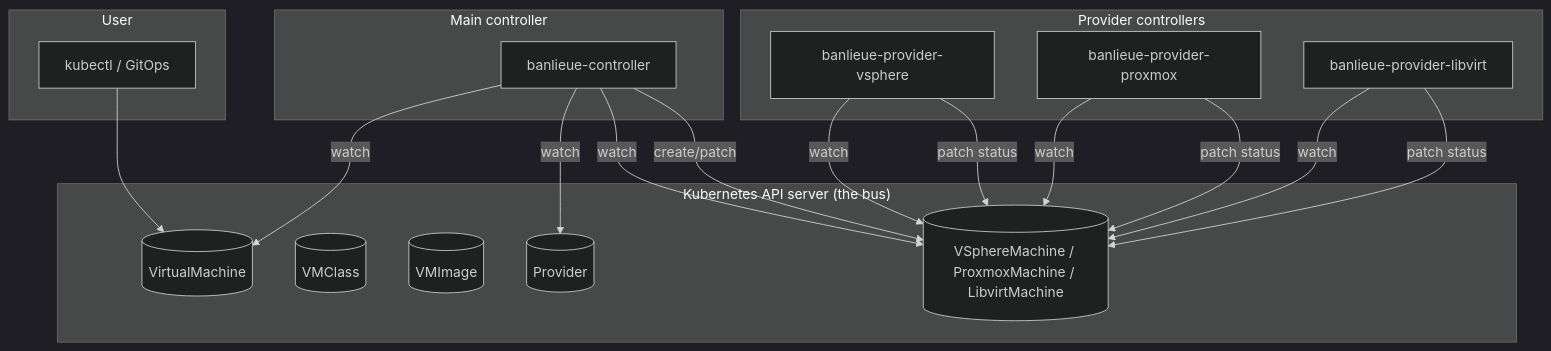
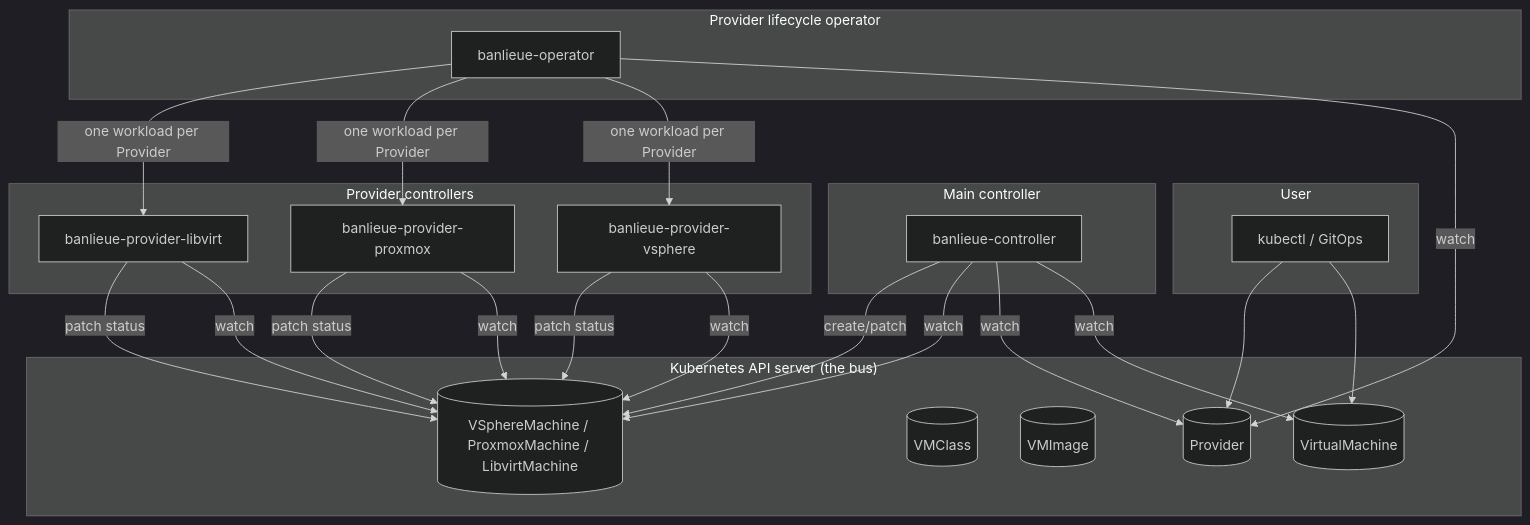
The diagram in docs/src/concepts/architecture.md (firestoned/banlieue), drawn with Mermaid (dark theme) before and after one commit. The commit also changed other lines of this file and 170 other files, not shown here.

````diff
--- a/docs/src/concepts/architecture.md
+++ b/docs/src/concepts/architecture.md
@@ -19,36 +21,45 @@
 ```mermaid
 flowchart TB
     subgraph User
       u[kubectl / GitOps]
     end
 
     subgraph "Kubernetes API server (the bus)"
       vm[(VirtualMachine)]
       vmc[(VMClass)]
       vmi[(VMImage)]
       prov[(Provider)]
       infra[(VSphereMachine / ProxmoxMachine / LibvirtMachine)]
     end
 
     subgraph "Main controller"
       mc[banlieue-controller]
     end
 
+    subgraph "Provider lifecycle operator"
+      op[banlieue-operator]
+    end
+
     subgraph "Provider controllers"
       pv[banlieue-provider-vsphere]
       pp[banlieue-provider-proxmox]
       pl[banlieue-provider-libvirt]
     end
 
     u --> vm
+    u --> prov
     mc -- watch --> vm
     mc -- watch --> prov
     mc -- watch --> infra
     mc -- create/patch --> infra
+    op -- watch --> prov
+    op -- one workload per Provider --> pv
+    op -- one workload per Provider --> pp
+    op -- one workload per Provider --> pl
     pv -- watch --> infra
     pp -- watch --> infra
     pl -- watch --> infra
     pv -- patch status --> infra
     pp -- patch status --> infra
     pl -- patch status --> infra
 ```
````
